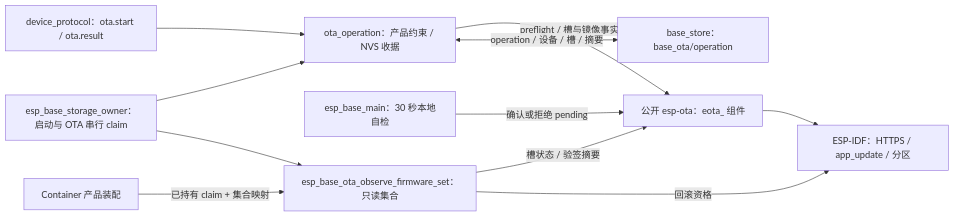
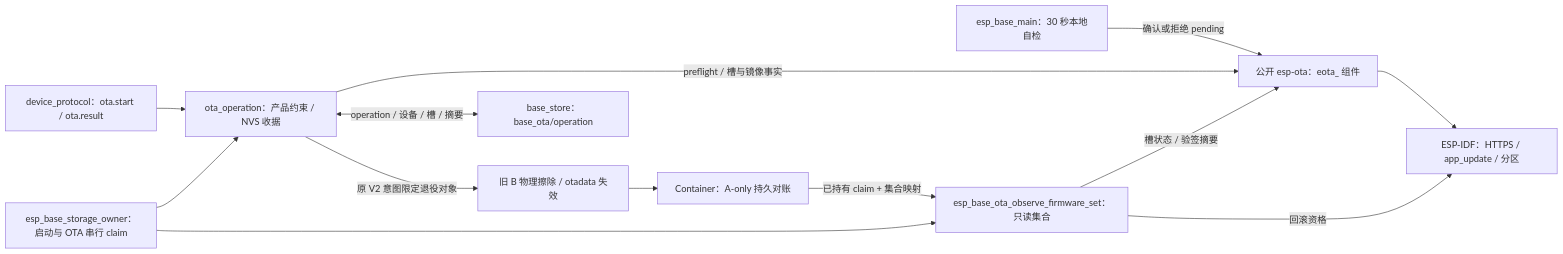
Before and after one commit to darren-you/esp_base: the diagram in firmware/components/ota_operation/README.md, drawn with Mermaid. The commit also changed other lines of this file and 23 other files, not shown here.

````diff
--- a/firmware/components/ota_operation/README.md
+++ b/firmware/components/ota_operation/README.md
@@ -9,13 +9,15 @@
 ```mermaid
 flowchart LR
     protocol["device_protocol：ota.start / ota.result"] --> operation["ota_operation：产品约束 / NVS 收据"]
     operation -->|"preflight / 槽与镜像事实"| library["公开 esp-ota：eota_ 组件"]
     operation <-->|"operation / 设备 / 槽 / 摘要"| nvs["base_store：base_ota/operation"]
+    operation -->|"原 V2 意图限定退役对象"| retire["旧 B 物理擦除 / otadata 失效"]
+    retire --> binding["Container：A-only 持久对账"]
     library --> idf["ESP-IDF：HTTPS / app_update / 分区"]
     app["esp_base_main：30 秒本地自检"] -->|"确认或拒绝 pending"| library
     firmware_set["esp_base_ota_observe_firmware_set：只读集合"] -->|"槽状态 / 验签摘要"| library
     firmware_set -->|"回滚资格"| idf
     owner["esp_base_storage_owner：启动与 OTA 串行 claim"] --> operation
     owner --> firmware_set
-    binding["Container 产品装配"] -->|"已持有 claim + 集合映射"| firmware_set
+    binding -->|"已持有 claim + 集合映射"| firmware_set
 ```
````
